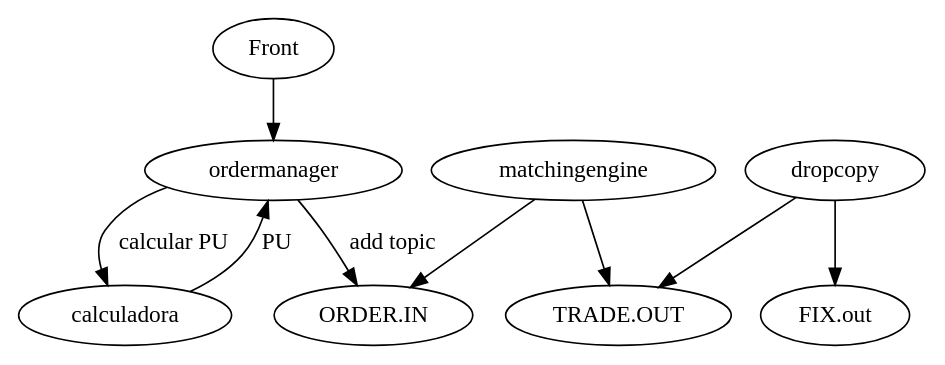
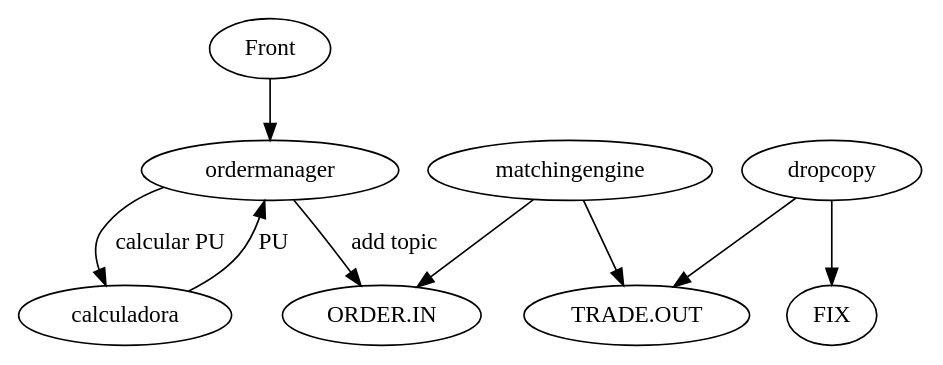
The diagram in project-map.dot (flaviotrezena/financial), drawn with Graphviz before and after one commit. The commit also changed 14 other files, not shown here.

```diff
--- a/project-map.dot
+++ b/project-map.dot
@@ -1,10 +1,10 @@
 digraph G {
   Front -> ordermanager;
   ordermanager -> calculadora [label="calcular PU"];
   calculadora -> ordermanager [label="PU"];
   ordermanager -> "ORDER.IN" [label="add topic"];
   matchingengine -> "ORDER.IN";
   matchingengine -> "TRADE.OUT";
   dropcopy -> "TRADE.OUT";
-  dropcopy -> "FIX.out";
+  dropcopy -> "FIX";
 }
```
